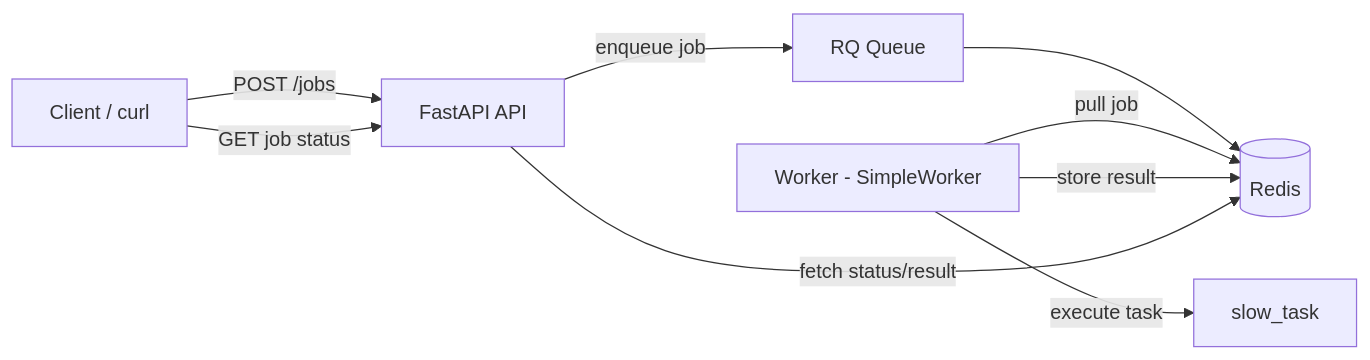
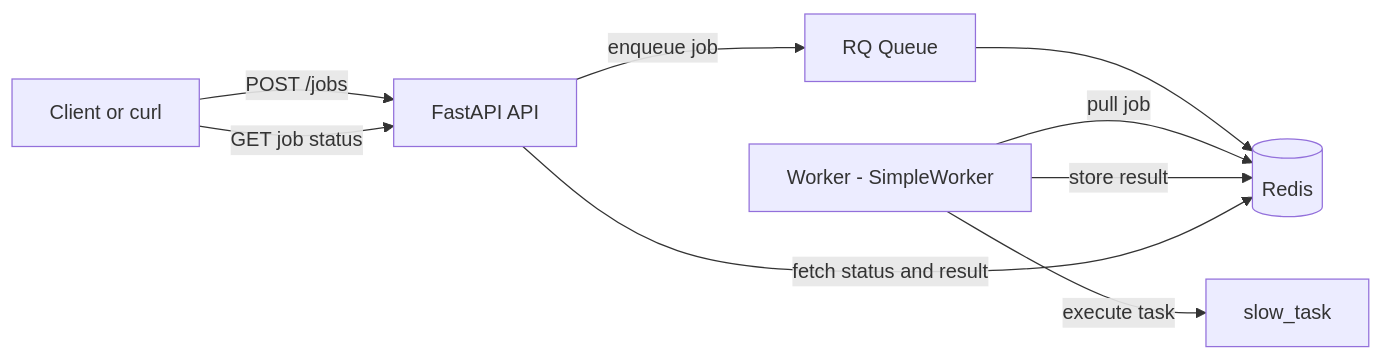
The diagram in README.md (imane000/bg-job-system), drawn with Mermaid before and after one commit. The commit also changed other lines of this file, not shown here.

````diff
--- a/README.md
+++ b/README.md
@@ -1,11 +14,11 @@
 ```mermaid
 flowchart LR
-  U[Client / curl] -->|POST /jobs| API[FastAPI API]
+  U[Client or curl] -->|POST /jobs| API[FastAPI API]
   API -->|enqueue job| Q[RQ Queue]
   Q --> R[(Redis)]
   W[Worker - SimpleWorker] -->|pull job| R
   W -->|execute task| T[slow_task]
   W -->|store result| R
   U -->|GET job status| API
-  API -->|fetch status/result| R
+  API -->|fetch status and result| R
 ```
````
